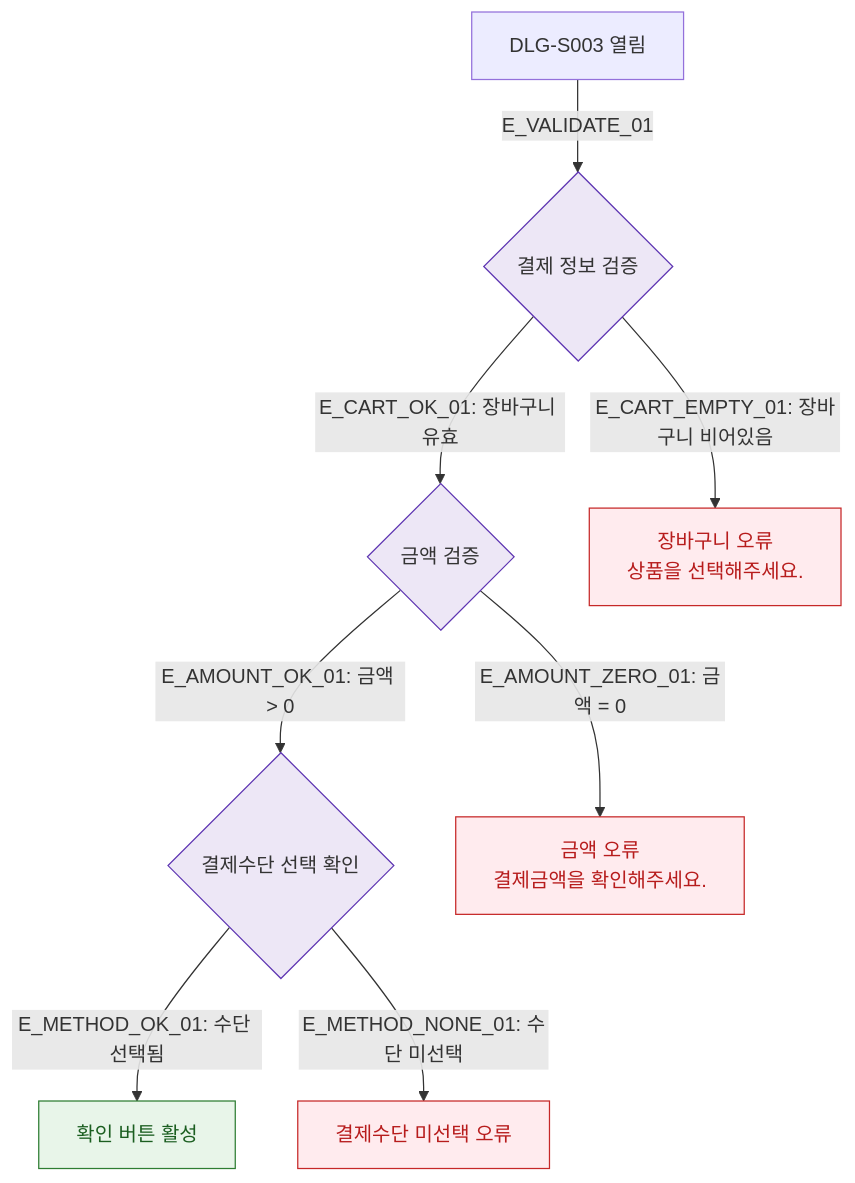
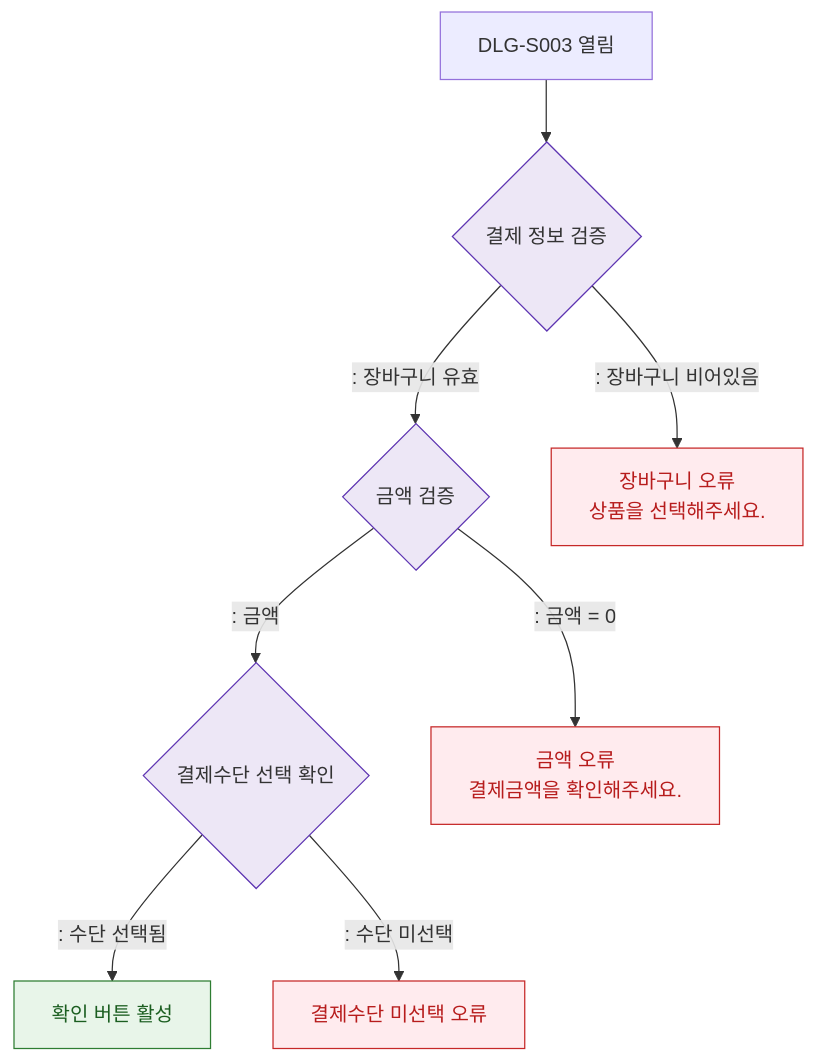
The diagram in docs/다이어그램/D03_매출관리/DLG-S003_결제확인/M2_필드검증.md (dev-spogym/admin-pando), drawn with Mermaid before and after one commit. The commit also changed other lines of this file and 1660 other files, not shown here.

First line of the commit message:
다이어그램: 기획자/클라이언트 납품본으로 정리

````diff
--- a/docs/다이어그램/D03_매출관리/DLG-S003_결제확인/M2_필드검증.md
+++ b/docs/다이어그램/D03_매출관리/DLG-S003_결제확인/M2_필드검증.md
@@ -20,21 +18,21 @@
 ```mermaid
 flowchart TD
-    OPEN[DLG-S003 열림] -->|E_VALIDATE_01| VALIDATE{결제 정보 검증}
+    OPEN[DLG-S003 열림] --> VALIDATE{결제 정보 검증}
 
-    VALIDATE -->|"E_CART_OK_01: 장바구니 유효"| AMOUNT_CHECK{금액 검증}
-    VALIDATE -->|"E_CART_EMPTY_01: 장바구니 비어있음"| ERR_CART[장바구니 오류\n상품을 선택해주세요.]
+    VALIDATE -->|": 장바구니 유효"|AMOUNT_CHECK{금액 검증}
+    VALIDATE -->|": 장바구니 비어있음"|ERR_CART[장바구니 오류\n상품을 선택해주세요.]
 
-    AMOUNT_CHECK -->|"E_AMOUNT_OK_01: 금액 > 0"| PAYMENT_CHECK{결제수단 선택 확인}
-    AMOUNT_CHECK -->|"E_AMOUNT_ZERO_01: 금액 = 0"| ERR_AMOUNT[금액 오류\n결제금액을 확인해주세요.]
+    AMOUNT_CHECK -->|": 금액"|PAYMENT_CHECK{결제수단 선택 확인}
+    AMOUNT_CHECK -->|": 금액 = 0"|ERR_AMOUNT[금액 오류\n결제금액을 확인해주세요.]
 
-    PAYMENT_CHECK -->|"E_METHOD_OK_01: 수단 선택됨"| CONFIRM_READY[확인 버튼 활성]
-    PAYMENT_CHECK -->|"E_METHOD_NONE_01: 수단 미선택"| ERR_METHOD[결제수단 미선택 오류]
+    PAYMENT_CHECK -->|": 수단 선택됨"|CONFIRM_READY[확인 버튼 활성]
+    PAYMENT_CHECK -->|": 수단 미선택"|ERR_METHOD[결제수단 미선택 오류]
 
     classDef system fill:#EDE7F6,stroke:#5E35B2
     classDef success fill:#E8F5E9,stroke:#2E7D32,color:#1B5E20
     classDef error fill:#FFEBEE,stroke:#C62828,color:#B71C1C
 
     class VALIDATE,AMOUNT_CHECK,PAYMENT_CHECK system
     class CONFIRM_READY success
     class ERR_CART,ERR_AMOUNT,ERR_METHOD error
 ```
````
